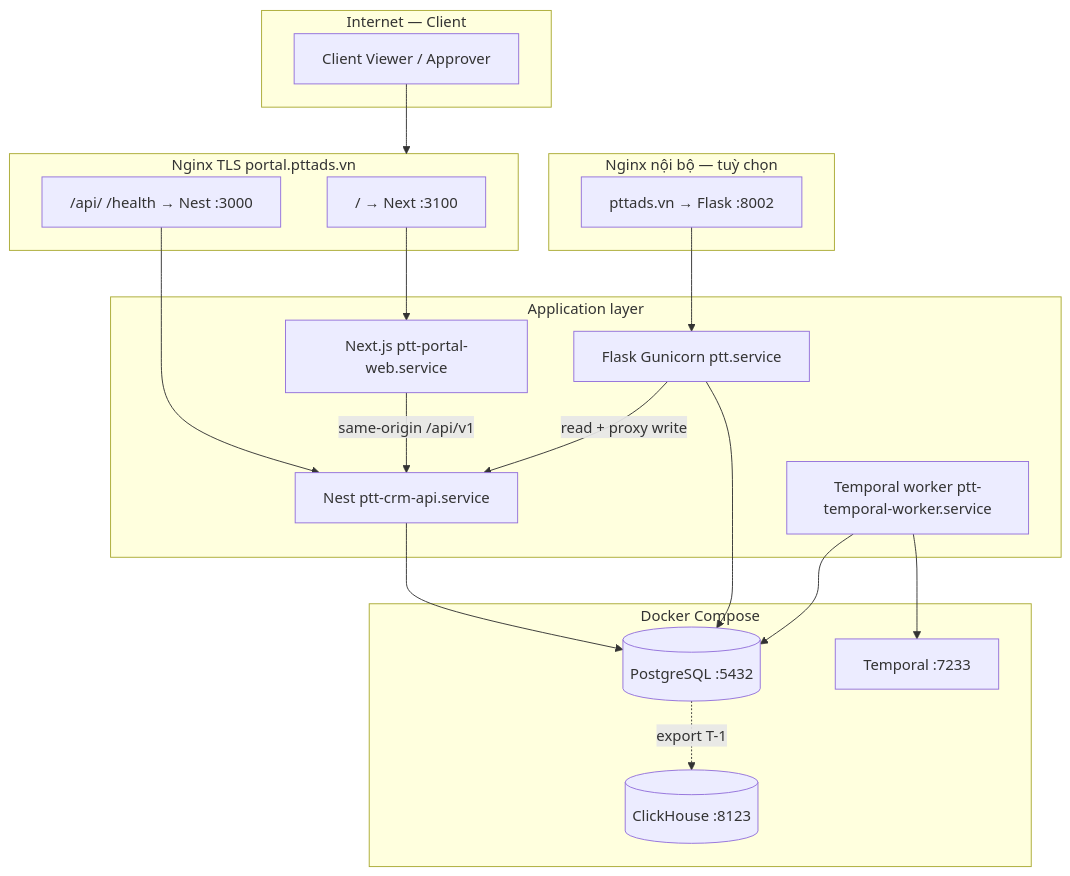
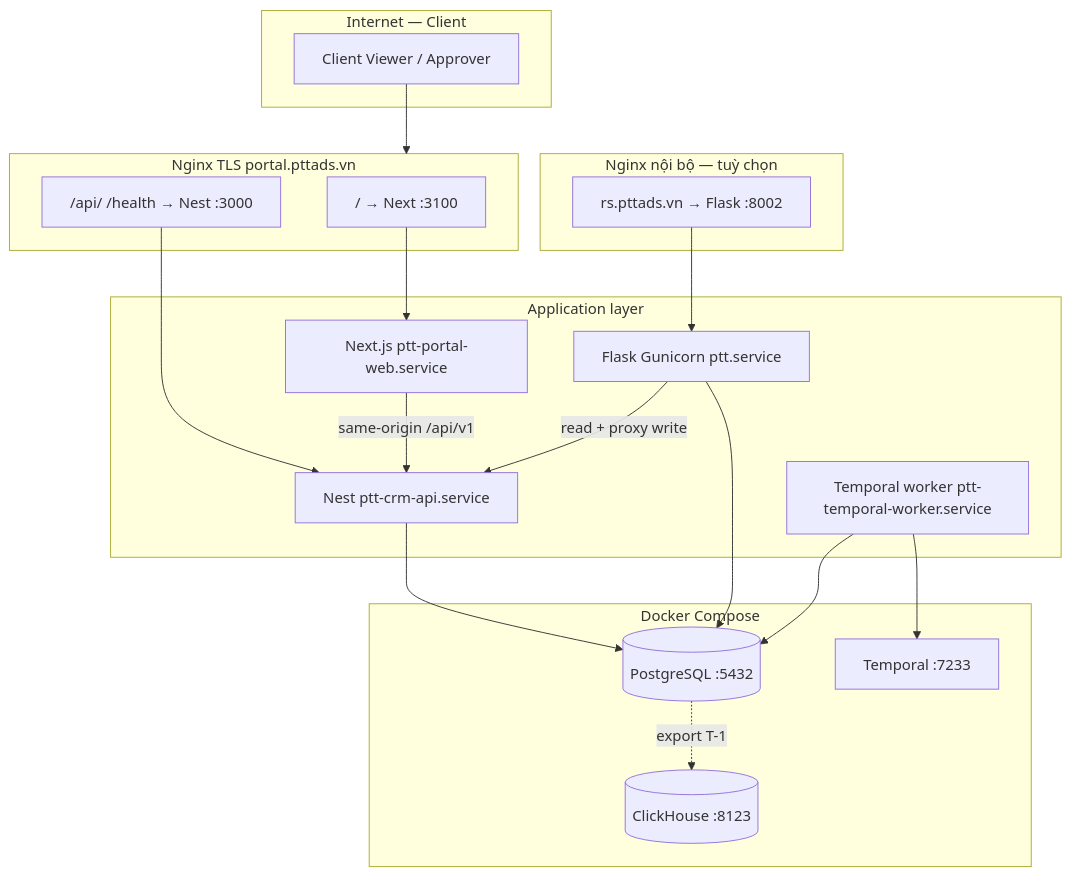
The diagram in docs/runbooks/vps-production-operations.md (sdadtuan/PTTADS), drawn with Mermaid before and after one commit. The commit also changed other lines of this file and 1111 other files, not shown here.

````diff
--- a/docs/runbooks/vps-production-operations.md
+++ b/docs/runbooks/vps-production-operations.md
@@ -35,36 +37,36 @@
 ```mermaid
 flowchart TB
     subgraph public [Internet — Client]
         CLIENT[Client Viewer / Approver]
     end
     subgraph nginx_portal [Nginx TLS portal.pttads.vn]
         NG_P["/ → Next :3100"]
         NG_A["/api/ /health → Nest :3000"]
     end
     subgraph nginx_internal [Nginx nội bộ — tuỳ chọn]
-        NG_F[pttads.vn → Flask :8002]
+        NG_F[rs.pttads.vn → Flask :8002]
     end
     subgraph app [Application layer]
         FLASK[Flask Gunicorn ptt.service]
         NEST[Nest ptt-crm-api.service]
         PORTAL[Next.js ptt-portal-web.service]
         WORKER[Temporal worker ptt-temporal-worker.service]
     end
     subgraph docker [Docker Compose]
         PG[(PostgreSQL :5432)]
         TEMP[Temporal :7233]
         CH[(ClickHouse :8123)]
     end
 
     CLIENT --> nginx_portal
     NG_P --> PORTAL
     NG_A --> NEST
     PORTAL -->|same-origin /api/v1| NEST
     NG_F --> FLASK
     FLASK -->|read + proxy write| NEST
     NEST --> PG
     FLASK --> PG
     WORKER --> TEMP
     WORKER --> PG
     PG -.->|export T-1| CH
 ```
````
